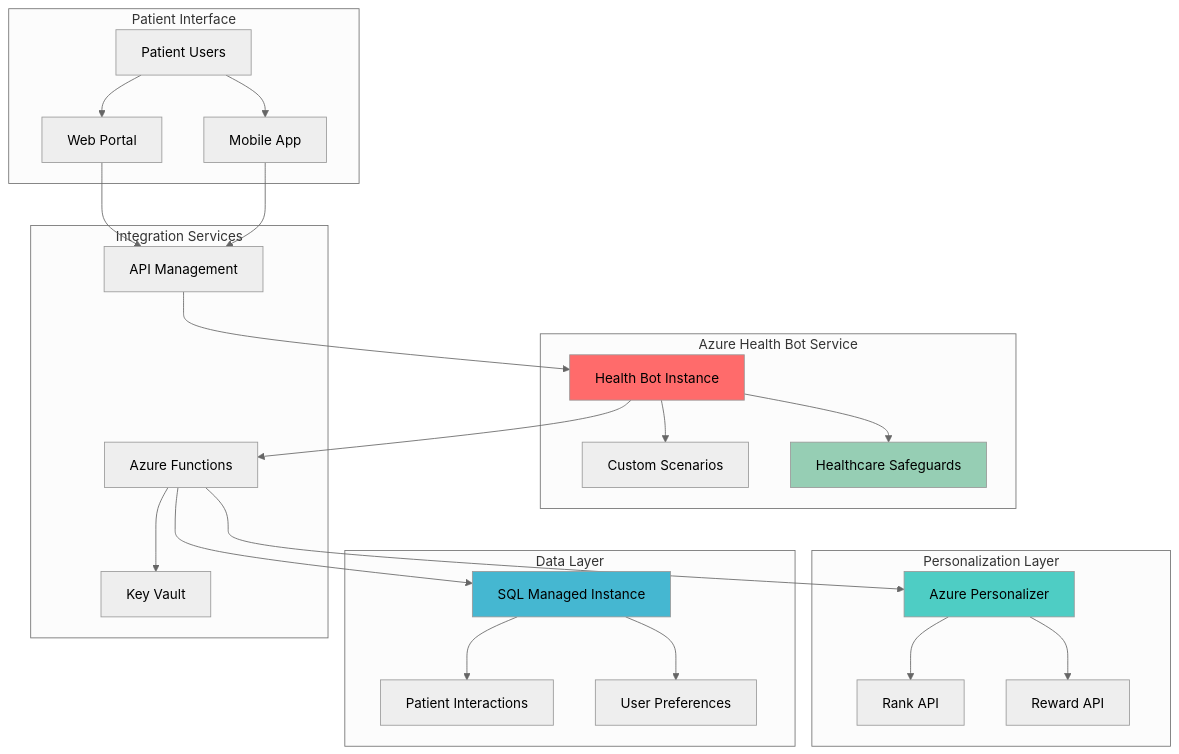
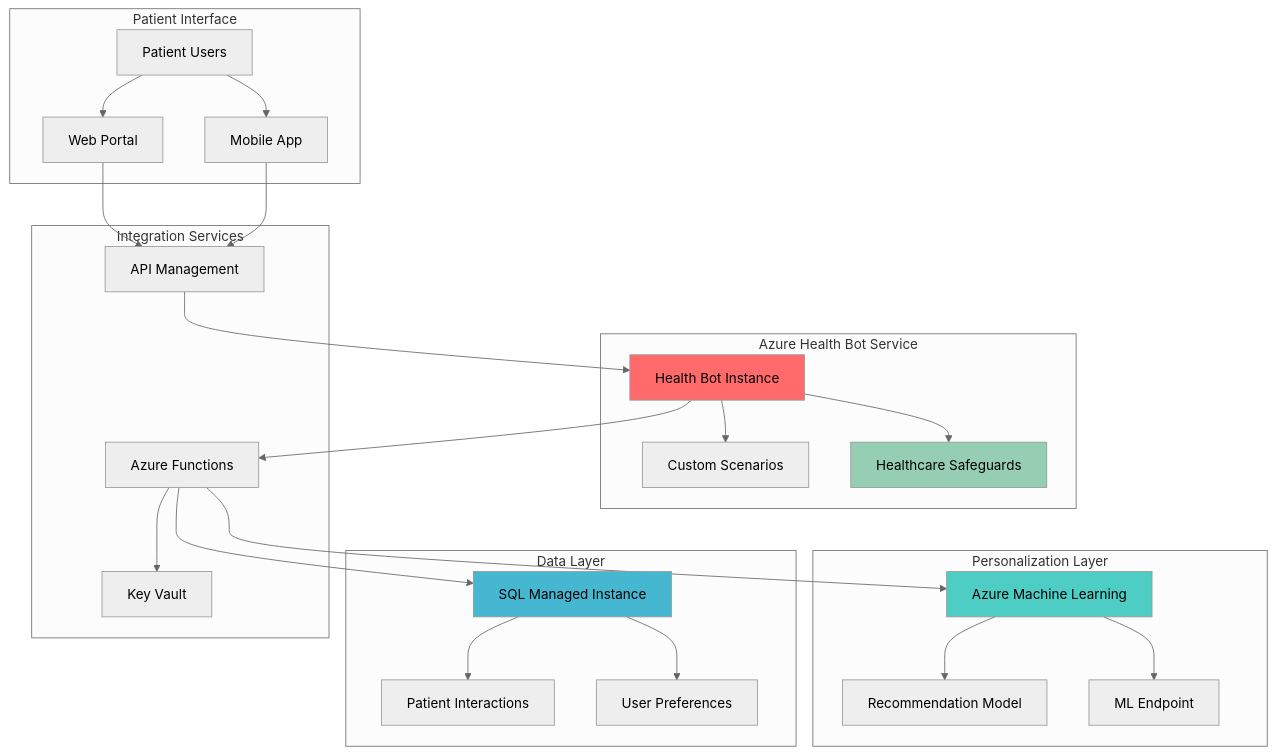
Before and after one commit to mzazon/awesome-cloud-projects: the diagram in azure/adaptive-healthcare-chatbots/adaptive-healthcare-chatbots.md, drawn with Mermaid (neutral theme). The commit also changed other lines of this file and 5581 other files, not shown here.

````diff
--- a/azure/adaptive-healthcare-chatbots/adaptive-healthcare-chatbots.md
+++ b/azure/adaptive-healthcare-chatbots/adaptive-healthcare-chatbots.md
@@ -30,53 +30,53 @@
 ```mermaid
 graph TB
     subgraph "Patient Interface"
         PATIENT[Patient Users]
         WEB[Web Portal]
         MOBILE[Mobile App]
     end
     
     subgraph "Azure Health Bot Service"
         HB[Health Bot Instance]
         SCENARIOS[Custom Scenarios]
         SAFEGUARDS[Healthcare Safeguards]
     end
     
     subgraph "Personalization Layer"
-        PERSONALIZER[Azure Personalizer]
-        RANK[Rank API]
-        REWARD[Reward API]
+        AML[Azure Machine Learning]
+        MODEL[Recommendation Model]
+        ENDPOINT[ML Endpoint]
     end
     
     subgraph "Data Layer"
         SQLMI[SQL Managed Instance]
         INTERACTIONS[Patient Interactions]
         PREFERENCES[User Preferences]
     end
     
     subgraph "Integration Services"
         FUNCTIONS[Azure Functions]
         APIM[API Management]
         KEYVAULT[Key Vault]
     end
     
     PATIENT --> WEB
     PATIENT --> MOBILE
     WEB --> APIM
     MOBILE --> APIM
     APIM --> HB
     HB --> SCENARIOS
     HB --> SAFEGUARDS
     HB --> FUNCTIONS
-    FUNCTIONS --> PERSONALIZER
-    PERSONALIZER --> RANK
-    PERSONALIZER --> REWARD
+    FUNCTIONS --> AML
+    AML --> MODEL
+    AML --> ENDPOINT
     FUNCTIONS --> SQLMI
     SQLMI --> INTERACTIONS
     SQLMI --> PREFERENCES
     FUNCTIONS --> KEYVAULT
     
     style HB fill:#FF6B6B
-    style PERSONALIZER fill:#4ECDC4
+    style AML fill:#4ECDC4
     style SQLMI fill:#45B7D1
     style SAFEGUARDS fill:#96CEB4
 ```
````
